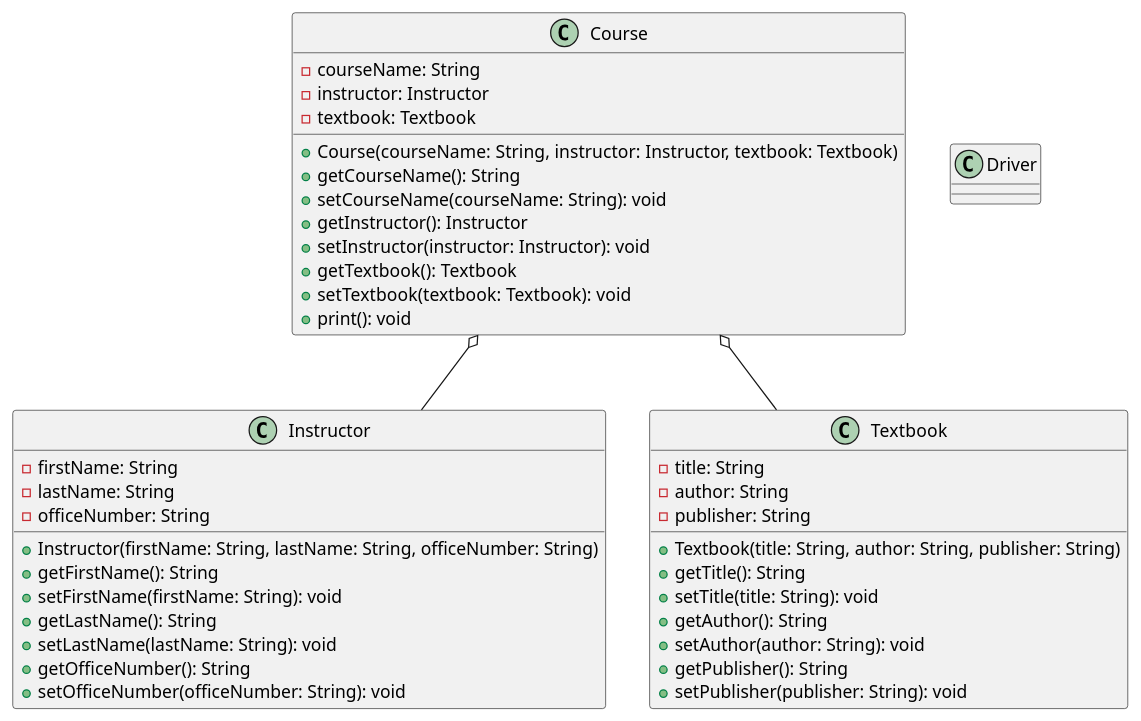
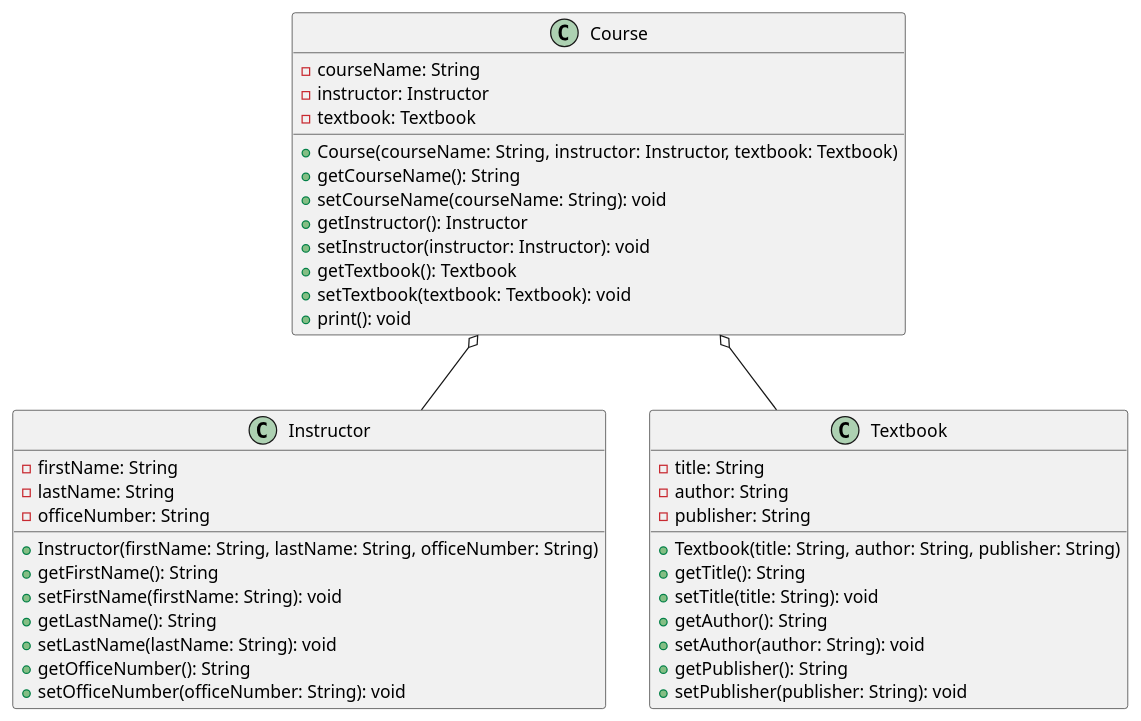
The diagram in assignment-1_1/bin/main/java/uml/package3.puml (RoaringCamels/CS5800-Adv-Software-Engineering), drawn with PlantUML before and after one commit. The commit also changed 3 other files, not shown here.

Commit message:
updated names for object diagram

```diff
--- a/assignment-1_1/bin/main/java/uml/package3.puml
+++ b/assignment-1_1/bin/main/java/uml/package3.puml
@@ -1,53 +1,49 @@
 @startuml classdiagram3
 
 class Course {
   - courseName: String
   - instructor: Instructor
   - textbook: Textbook
 
   + Course(courseName: String, instructor: Instructor, textbook: Textbook)
   + getCourseName(): String
   + setCourseName(courseName: String): void
   + getInstructor(): Instructor
   + setInstructor(instructor: Instructor): void
   + getTextbook(): Textbook
   + setTextbook(textbook: Textbook): void
   + print(): void
 }
 
 class Instructor {
   - firstName: String
   - lastName: String
   - officeNumber: String
 
   + Instructor(firstName: String, lastName: String, officeNumber: String)
   + getFirstName(): String
   + setFirstName(firstName: String): void
   + getLastName(): String
   + setLastName(lastName: String): void
   + getOfficeNumber(): String
   + setOfficeNumber(officeNumber: String): void
 }
 
 class Textbook {
   - title: String
   - author: String
   - publisher: String
 
   + Textbook(title: String, author: String, publisher: String)
   + getTitle(): String
   + setTitle(title: String): void
   + getAuthor(): String
   + setAuthor(author: String): void
   + getPublisher(): String
   + setPublisher(publisher: String): void
 }
 
-class Driver {
-  
-}
-
 Course o-- Instructor
 Course o-- Textbook
 
 @enduml
```
